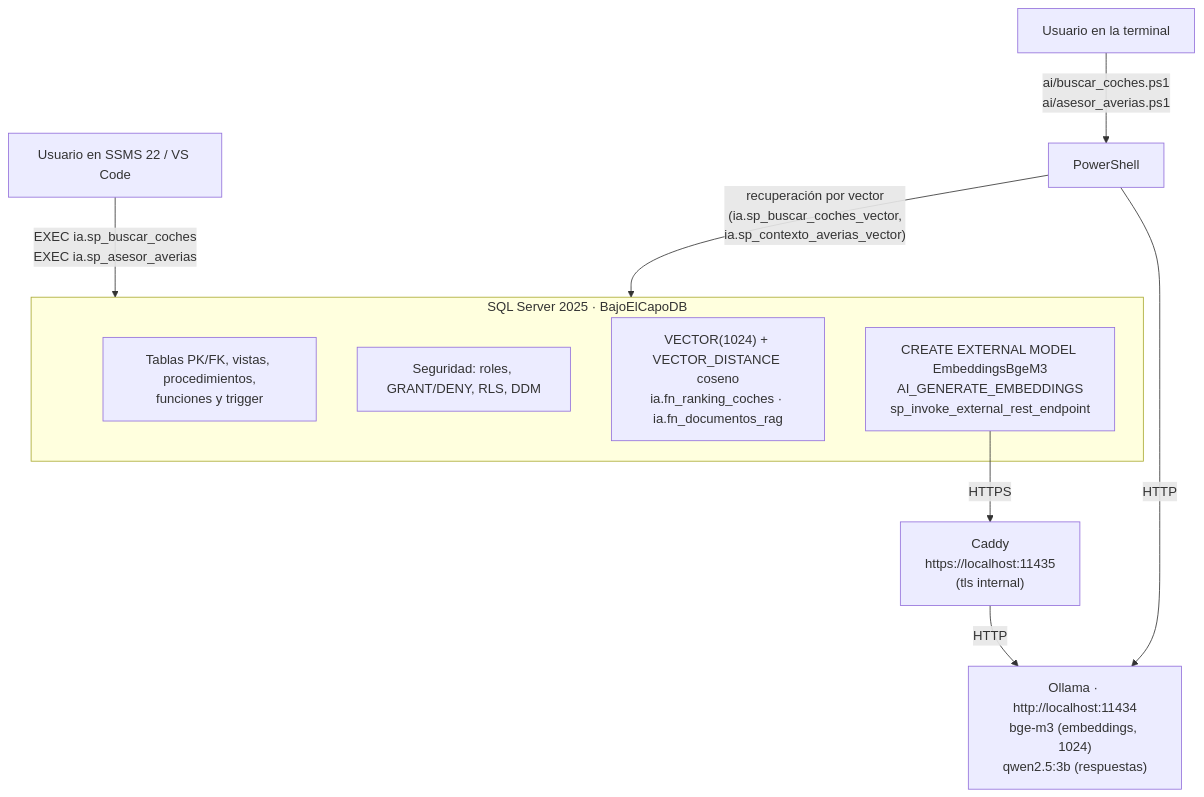
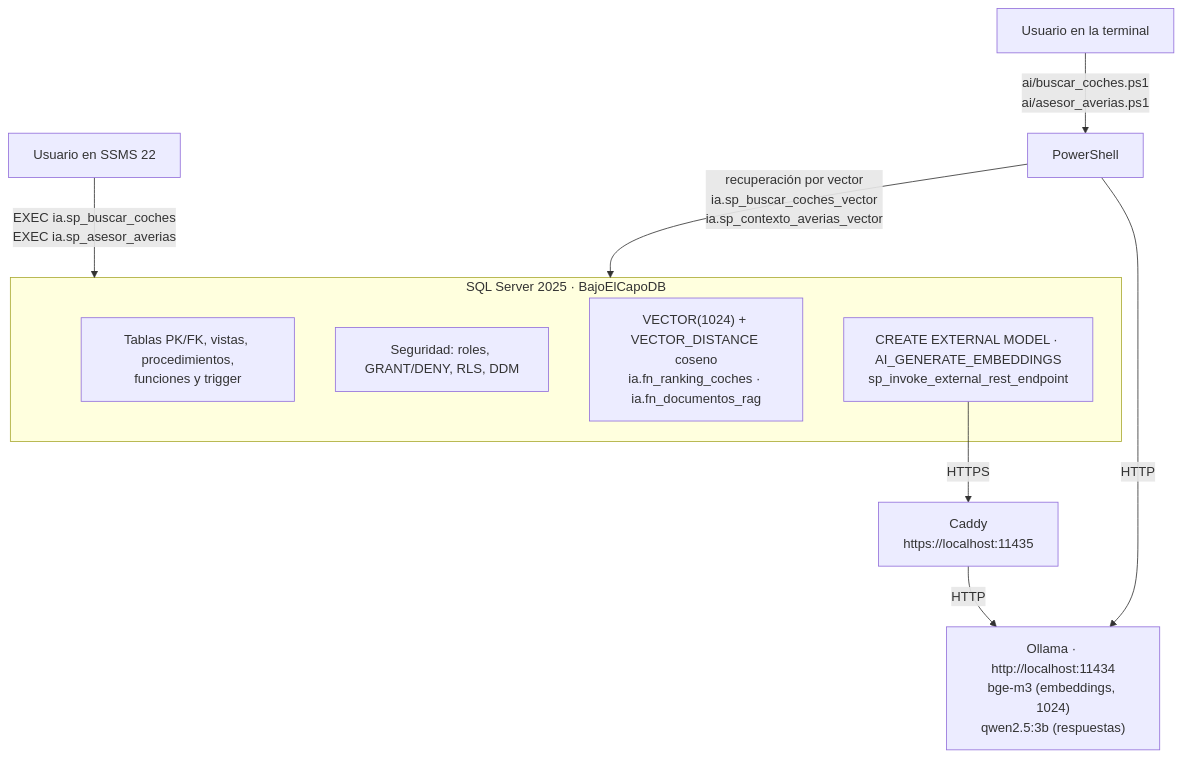
The first of 2 diagrams in README.md (BigSierra365/dp800-bajo-el-capo), drawn with Mermaid before and after one commit. The commit also changed other lines of this file and 114 other files, not shown here.

````diff
--- a/README.md
+++ b/README.md
@@ -56,15 +65,15 @@
 ```mermaid
 flowchart TB
-    U1["Usuario en SSMS 22 / VS Code"] -->|"EXEC ia.sp_buscar_coches<br/>EXEC ia.sp_asesor_averias"| SQL
+    U1["Usuario en SSMS 22"] -->|"EXEC ia.sp_buscar_coches<br/>EXEC ia.sp_asesor_averias"| SQL
     U2["Usuario en la terminal"] -->|"ai/buscar_coches.ps1<br/>ai/asesor_averias.ps1"| PS["PowerShell"]
-    PS -->|"recuperación por vector<br/>(ia.sp_buscar_coches_vector,<br/>ia.sp_contexto_averias_vector)"| SQL
+    PS -->|"recuperación por vector<br/>ia.sp_buscar_coches_vector<br/>ia.sp_contexto_averias_vector"| SQL
     subgraph SQL["SQL Server 2025 · BajoElCapoDB"]
         T["Tablas PK/FK, vistas, procedimientos,<br/>funciones y trigger"]
         S["Seguridad: roles, GRANT/DENY, RLS, DDM"]
         V["VECTOR(1024) + VECTOR_DISTANCE coseno<br/>ia.fn_ranking_coches · ia.fn_documentos_rag"]
-        M["CREATE EXTERNAL MODEL EmbeddingsBgeM3<br/>AI_GENERATE_EMBEDDINGS<br/>sp_invoke_external_rest_endpoint"]
+        M["CREATE EXTERNAL MODEL · AI_GENERATE_EMBEDDINGS<br/>sp_invoke_external_rest_endpoint"]
     end
-    M -->|"HTTPS"| C["Caddy<br/>https://localhost:11435<br/>(tls internal)"]
+    M -->|"HTTPS"| C["Caddy<br/>https://localhost:11435"]
     C -->|"HTTP"| O
     PS -->|"HTTP"| O["Ollama · http://localhost:11434<br/>bge-m3 (embeddings, 1024)<br/>qwen2.5:3b (respuestas)"]
 ```
````
